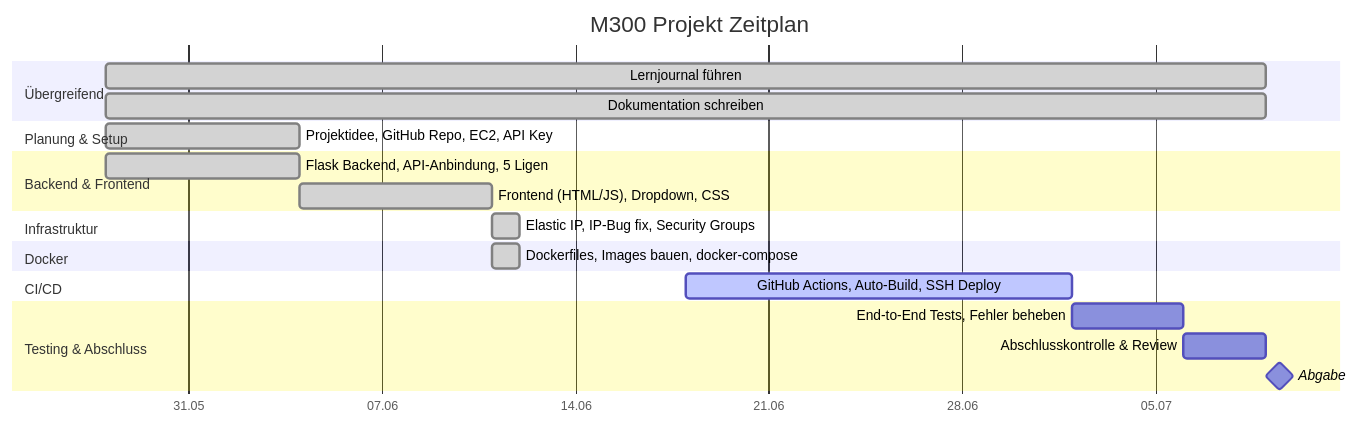
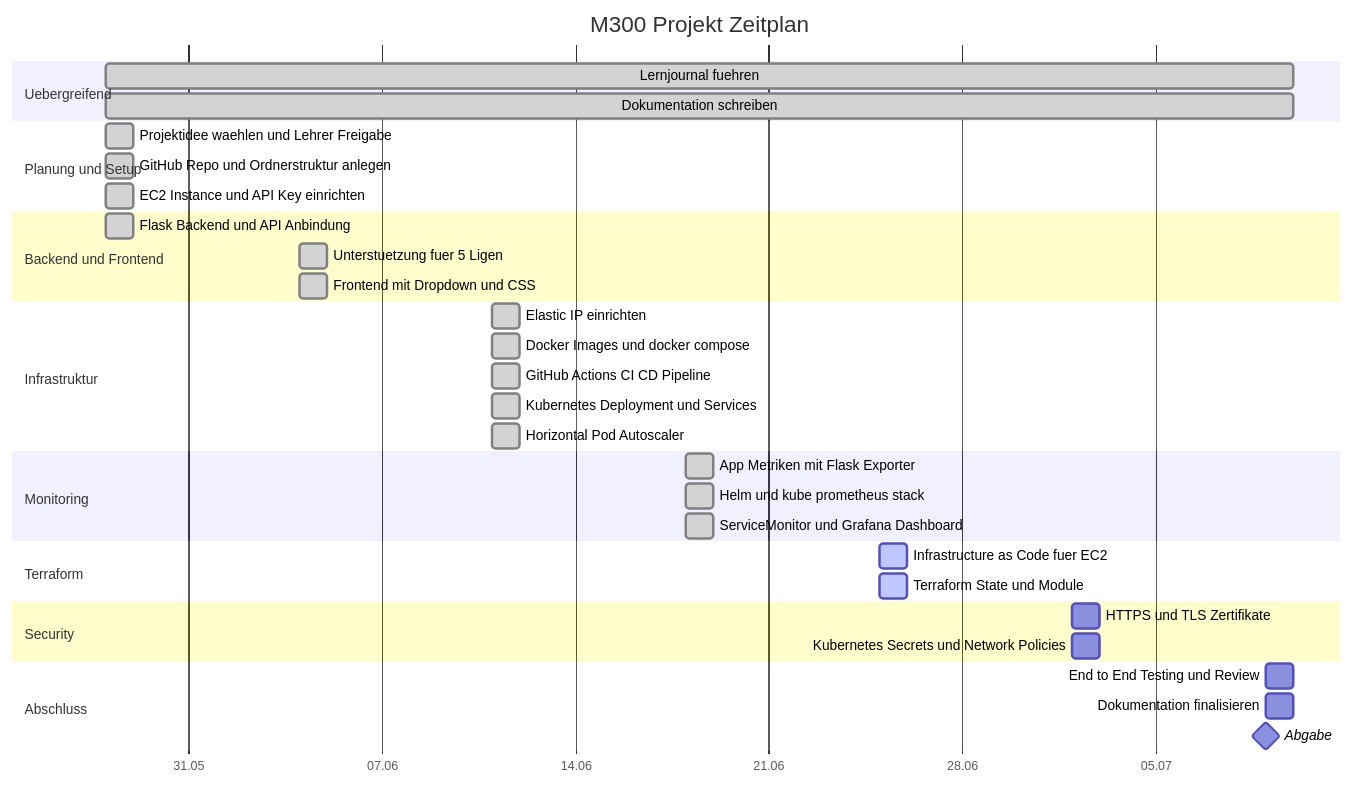
The diagram in dokumentationen/zeitplan.md (Dominik2056787/M300), drawn with Mermaid before and after one commit. The commit also changed other lines of this file, not shown here.

````diff
--- a/dokumentationen/zeitplan.md
+++ b/dokumentationen/zeitplan.md
@@ -3,31 +3,37 @@
 ```mermaid
 gantt
     title M300 Projekt Zeitplan
-    dateFormat  YYYY-MM-DD
-    axisFormat  %d.%m
-
-    section Übergreifend
-    Lernjournal führen                             :done,   jour1, 2026-05-28, 42d
-    Dokumentation schreiben                        :done,   dok1,  2026-05-28, 42d
-
-    section Planung & Setup
-    Projektidee, GitHub Repo, EC2, API Key         :done,   plan1, 2026-05-28, 7d
-
-    section Backend & Frontend
-    Flask Backend, API-Anbindung, 5 Ligen          :done,   app1,  2026-05-28, 7d
-    Frontend (HTML/JS), Dropdown, CSS              :done,   app2,  2026-06-04, 7d
-
+    dateFormat YYYY-MM-DD
+    axisFormat %d.%m
+    section Uebergreifend
+    Lernjournal fuehren :done, jour1, 2026-05-28, 43d
+    Dokumentation schreiben :done, dok1, 2026-05-28, 43d
+    section Planung und Setup
+    Projektidee waehlen und Lehrer Freigabe :done, plan1, 2026-05-28, 1d
+    GitHub Repo und Ordnerstruktur anlegen :done, plan2, 2026-05-28, 1d
+    EC2 Instance und API Key einrichten :done, plan3, 2026-05-28, 1d
+    section Backend und Frontend
+    Flask Backend und API Anbindung :done, app1, 2026-05-28, 1d
+    Unterstuetzung fuer 5 Ligen :done, app2, 2026-06-04, 1d
+    Frontend mit Dropdown und CSS :done, app3, 2026-06-04, 1d
     section Infrastruktur
-    Elastic IP, IP-Bug fix, Security Groups        :done,   infra1, 2026-06-11, 1d
-
-    section Docker
-    Dockerfiles, Images bauen, docker-compose      :done,   dock1, 2026-06-11, 1d
-
-    section CI/CD
-    GitHub Actions, Auto-Build, SSH Deploy         :active, cicd1, 2026-06-18, 14d
-
-    section Testing & Abschluss
-    End-to-End Tests, Fehler beheben               :        test1, 2026-07-02, 4d
-    Abschlusskontrolle & Review                    :        test2, 2026-07-06, 3d
-    Abgabe                                         :milestone, 2026-07-09, 1d
+    Elastic IP einrichten :done, infra1, 2026-06-11, 1d
+    Docker Images und docker compose :done, infra2, 2026-06-11, 1d
+    GitHub Actions CI CD Pipeline :done, infra3, 2026-06-11, 1d
+    Kubernetes Deployment und Services :done, infra4, 2026-06-11, 1d
+    Horizontal Pod Autoscaler :done, infra5, 2026-06-11, 1d
+    section Monitoring
+    App Metriken mit Flask Exporter :done, mon1, 2026-06-18, 1d
+    Helm und kube prometheus stack :done, mon2, 2026-06-18, 1d
+    ServiceMonitor und Grafana Dashboard :done, mon3, 2026-06-18, 1d
+    section Terraform
+    Infrastructure as Code fuer EC2 :active, tf1, 2026-06-25, 1d
+    Terraform State und Module :active, tf2, 2026-06-25, 1d
+    section Security
+    HTTPS und TLS Zertifikate :sec1, 2026-07-02, 1d
+    Kubernetes Secrets und Network Policies :sec2, 2026-07-02, 1d
+    section Abschluss
+    End to End Testing und Review :test1, 2026-07-09, 1d
+    Dokumentation finalisieren :test2, 2026-07-09, 1d
+    Abgabe :milestone, abgabe1, 2026-07-09, 0d
 ```
````
